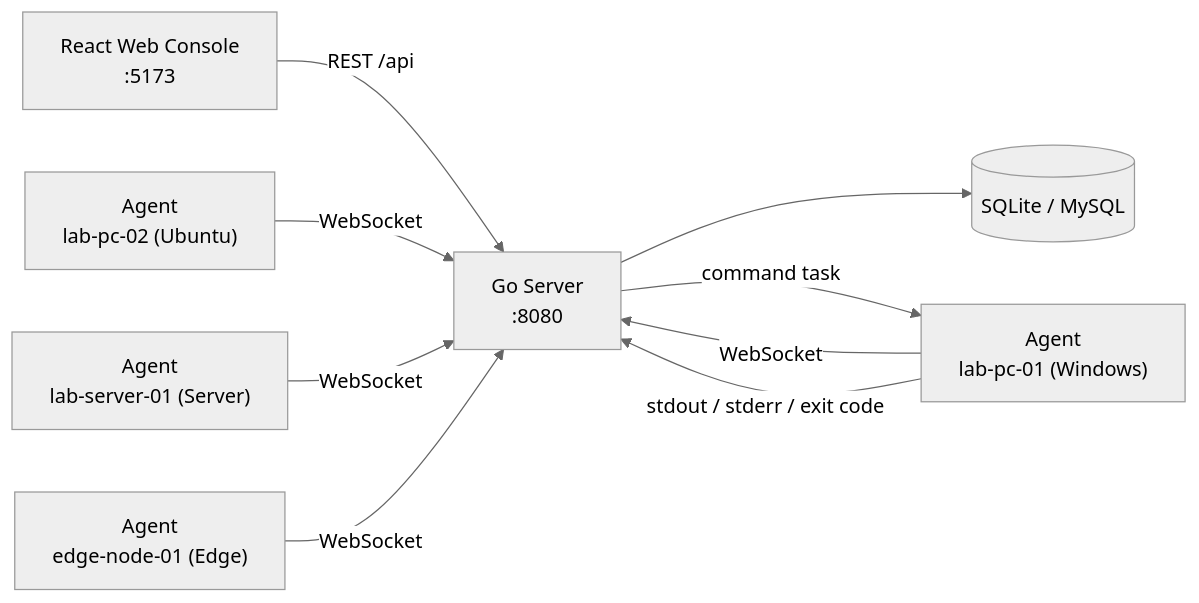
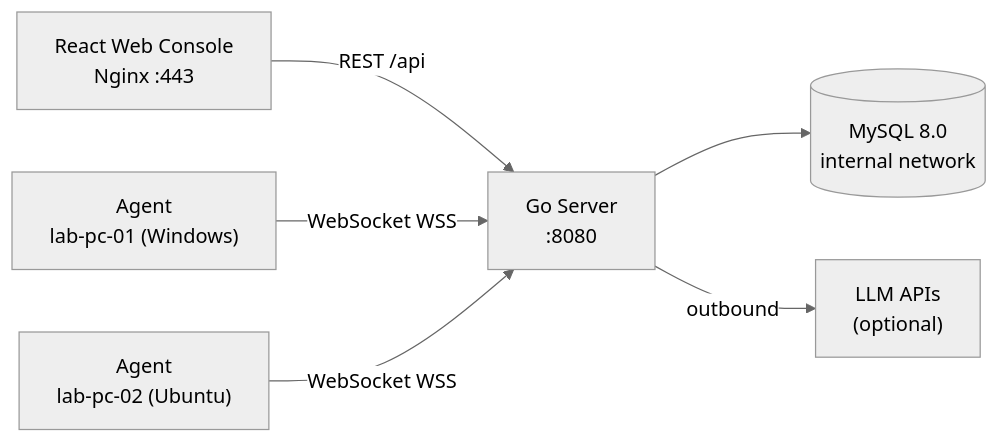
Before and after one commit to cowhorse05/LabOps: the diagram in README.md, drawn with Mermaid (neutral theme). The commit also changed other lines of this file and 4 other files, not shown here.

````diff
--- a/README.md
+++ b/README.md
@@ -211,11 +133,8 @@
 ```mermaid
 flowchart LR
-    Web["React Web Console<br/>:5173"] -->|REST /api| Server["Go Server<br/>:8080"]
-    Agent1["Agent<br/>lab-pc-01 (Windows)"] -->|WebSocket| Server
-    Agent2["Agent<br/>lab-pc-02 (Ubuntu)"] -->|WebSocket| Server
-    Agent3["Agent<br/>lab-server-01 (Server)"] -->|WebSocket| Server
-    Agent4["Agent<br/>edge-node-01 (Edge)"] -->|WebSocket| Server
-    Server --> DB[("SQLite / MySQL")]
-    Server -->|command task| Agent1
-    Agent1 -->|stdout / stderr / exit code| Server
+    Web["React Web Console<br/>Nginx :443"] -->|REST /api| Server["Go Server<br/>:8080"]
+    Agent1["Agent<br/>lab-pc-01 (Windows)"] -->|WebSocket WSS| Server
+    Agent2["Agent<br/>lab-pc-02 (Ubuntu)"] -->|WebSocket WSS| Server
+    Server --> DB[("MySQL 8.0<br/>internal network")]
+    Server -->|outbound| LLM["LLM APIs<br/>(optional)"]
 ```
````
